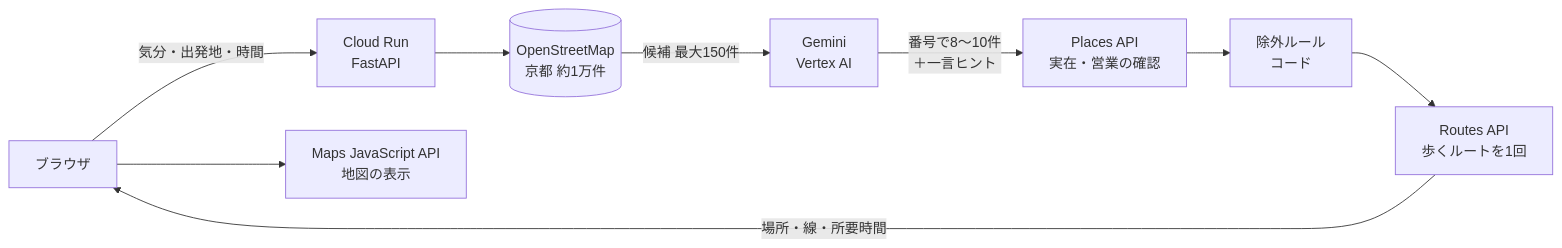
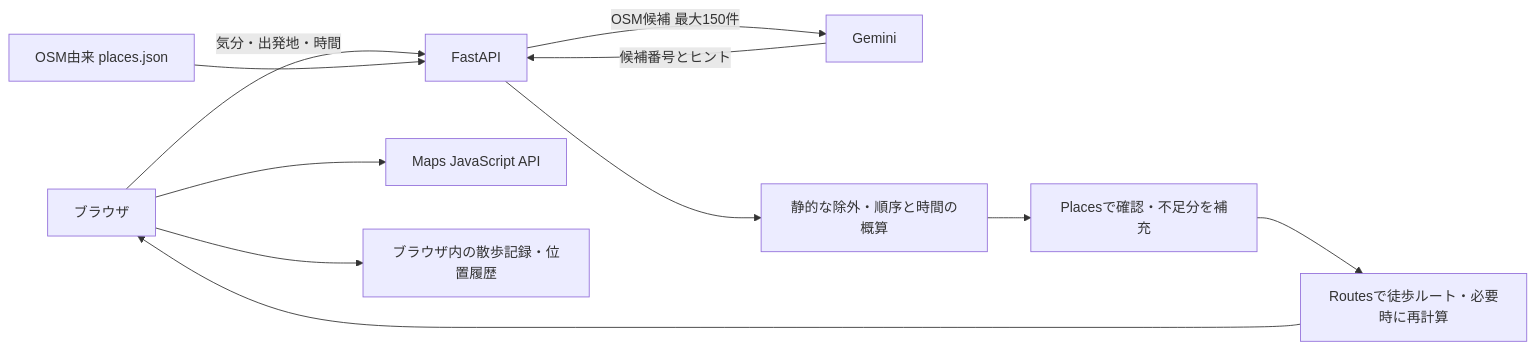
One commit to peach-ca/semantic_walk_PoC changed the diagram in README.md. Above: the diagram before and after it, drawn with Mermaid. The commit also changed other lines of this file and 5 other files, not shown here.

````diff
--- a/README.md
+++ b/README.md
@@ -29,11 +107,13 @@
 ```mermaid
 flowchart LR
-  U[ブラウザ] -->|気分・出発地・時間| R[Cloud Run<br>FastAPI]
-  R --> O[(OpenStreetMap<br>京都 約1万件)]
-  O -->|候補 最大150件| G[Gemini<br>Vertex AI]
-  G -->|番号で8〜10件<br>＋一言ヒント| P[Places API<br>実在・営業の確認]
-  P --> X[除外ルール<br>コード]
-  X --> T[Routes API<br>歩くルートを1回]
-  T -->|場所・線・所要時間| U
-  U --> M[Maps JavaScript API<br>地図の表示]
+  U[ブラウザ] -->|気分・出発地・時間| R[FastAPI]
+  O[OSM由来 places.json] --> R
+  R -->|OSM候補 最大150件| G[Gemini]
+  G -->|候補番号とヒント| R
+  R --> F[静的な除外・順序と時間の概算]
+  F --> P[Placesで確認・不足分を補充]
+  P --> T[Routesで徒歩ルート・必要時に再計算]
+  T --> U
+  U --> M[Maps JavaScript API]
+  U --> L[ブラウザ内の散歩記録・位置履歴]
 ```
````
